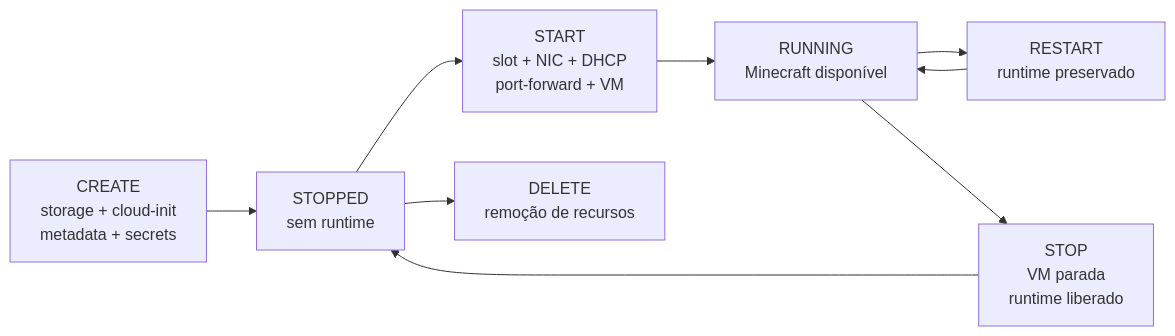
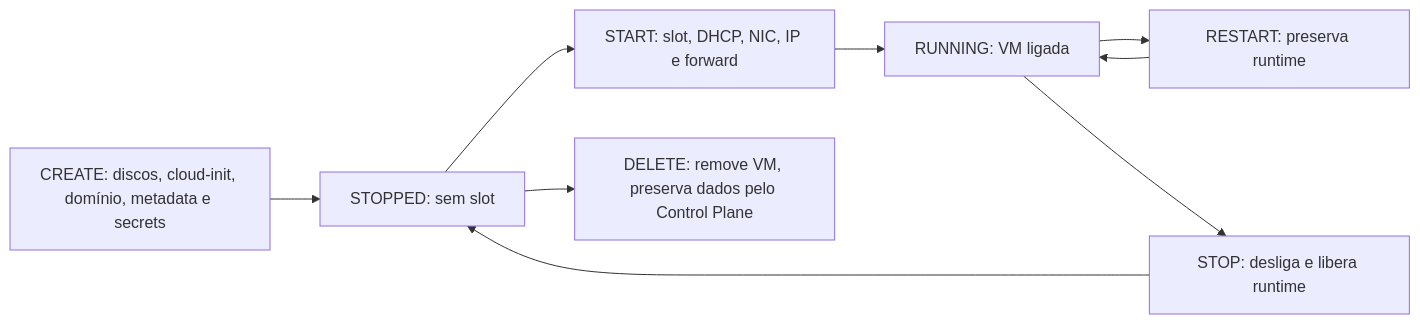
Before and after one commit to JorgRibeiro/mc-iaas: the second of 2 diagrams in README.md, drawn with Mermaid. The commit also changed other lines of this file, not shown here.

````diff
--- a/README.md
+++ b/README.md
@@ -169,16 +113,14 @@
 ```mermaid
 flowchart LR
-    CREATE["CREATE<br/>storage + cloud-init<br/>metadata + secrets"]
-    STOPPED["STOPPED<br/>sem runtime"]
-    START["START<br/>slot + NIC + DHCP<br/>port-forward + VM"]
-    RUNNING["RUNNING<br/>Minecraft disponível"]
-    RESTART["RESTART<br/>runtime preservado"]
-    STOP["STOP<br/>VM parada<br/>runtime liberado"]
-    DELETE["DELETE<br/>remoção de recursos"]
-
-    CREATE --> STOPPED
-    STOPPED --> START --> RUNNING
-    RUNNING --> RESTART --> RUNNING
-    RUNNING --> STOP --> STOPPED
-    STOPPED --> DELETE
+    C["CREATE: discos, cloud-init, domínio, metadata e secrets"]
+    S["STOPPED: sem slot"]
+    A["START: slot, DHCP, NIC, IP e forward"]
+    R["RUNNING: VM ligada"]
+    B["RESTART: preserva runtime"]
+    T["STOP: desliga e libera runtime"]
+    D["DELETE: remove VM, preserva dados pelo Control Plane"]
+    C --> S --> A --> R
+    R --> B --> R
+    R --> T --> S
+    S --> D
 ```
````
